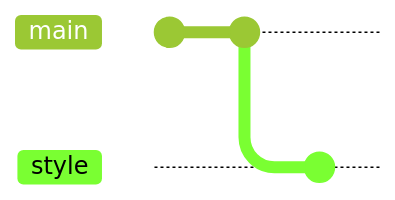
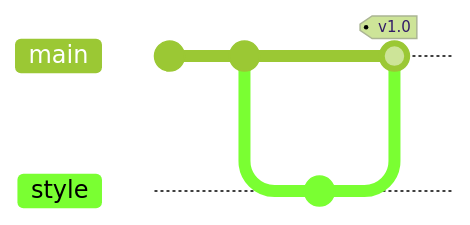
The diagram in css/README.md (f290SI/tecprog2), drawn with Mermaid (forest theme) before and after one commit. The commit also changed 2 other files, not shown here. Commit ids are hidden.

Commit message:
acessibilidade

````diff
--- a/css/README.md
+++ b/css/README.md
@@ -1,7 +1,9 @@
 ```mermaid
     gitGraph
         commit
         commit
         branch style
         commit
+        checkout main
+        merge style tag: "v1.0"
 ```
````
